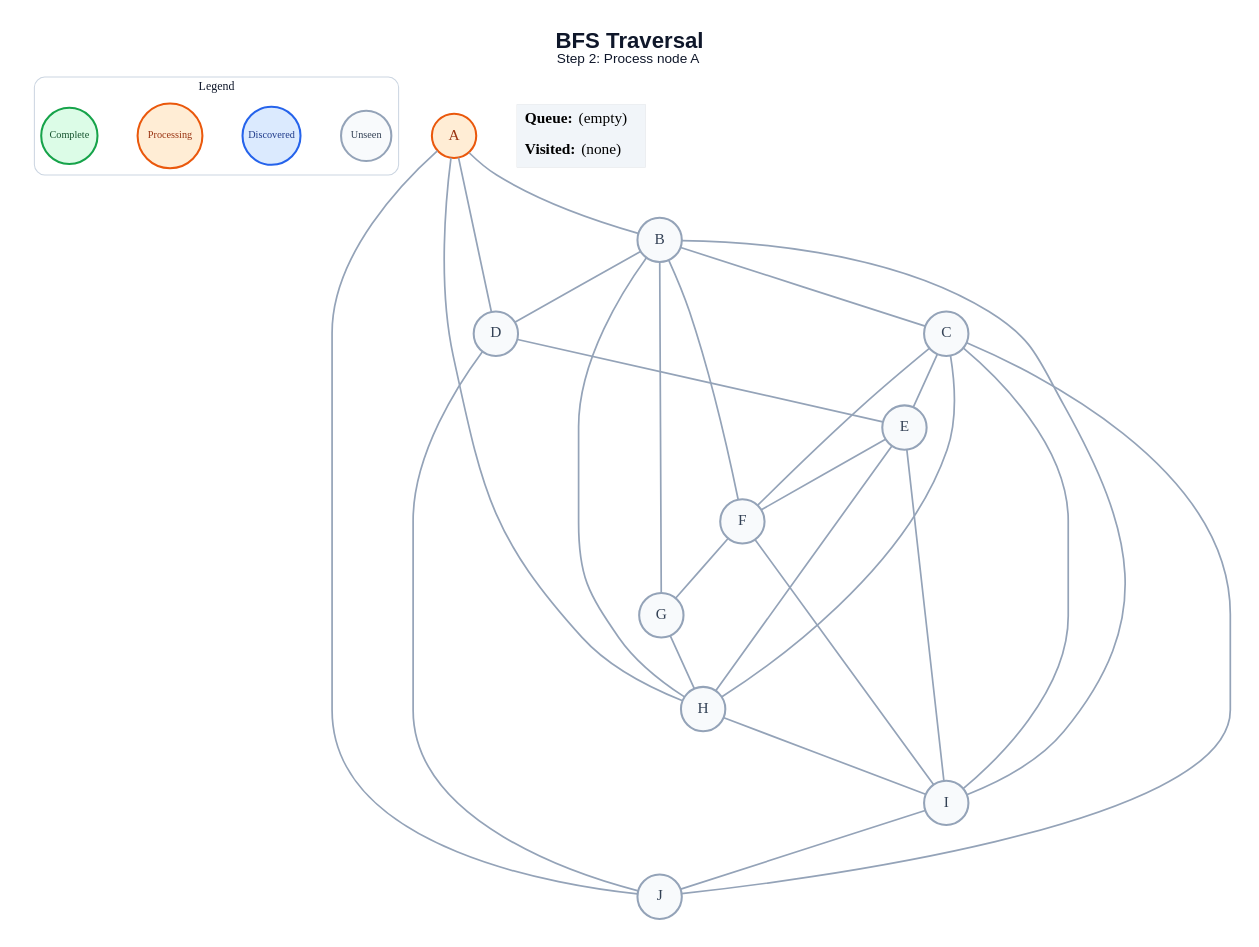
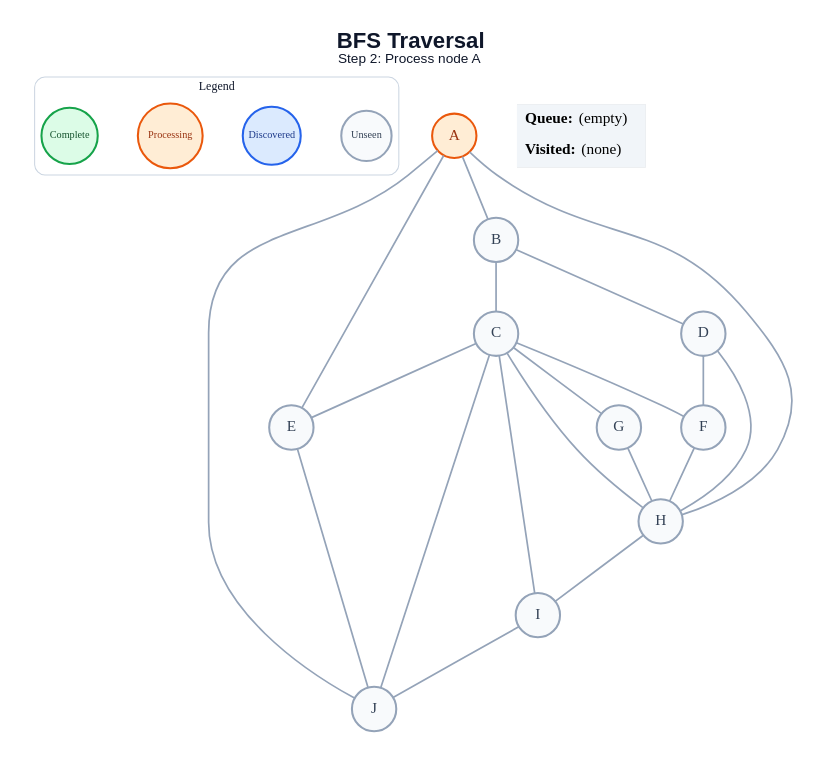
One commit to amanghodawala9/ai-slop changed the diagram in generated/bfs/step_02.dot. Above: the diagram before and after it, drawn with Graphviz. The commit also changed 178 other files, not shown here.

```diff
--- a/generated/bfs/step_02.dot
+++ b/generated/bfs/step_02.dot
@@ -1,54 +1,48 @@
 graph traversal {
   graph [layout=dot, rankdir=TB, bgcolor="#FFFFFF", pad="0.35", nodesep="0.65", ranksep="0.8", fontname="Arial"];
   node [shape=circle, style="filled", fontname="Arial Bold", fontsize=18, width=0.72, fixedsize=true, penwidth=2.4];
   edge [color="#94A3B8", penwidth=2.0];
   label=<<B>BFS Traversal</B><BR/><FONT POINT-SIZE="16">Step 2: Process node A</FONT>>; labelloc="t"; fontsize=26; fontname="Arial"; fontcolor="#0F172A";
   subgraph cluster_legend { label="Legend"; color="#CBD5E1"; penwidth=1.2; style="rounded"; fontsize=14; fontname="Arial Bold";
     key_unseen [label="Unseen", fillcolor="#F8FAFC", color="#94A3B8", fontcolor="#334155", fontsize=12, width=0.82];
     key_frontier [label="Discovered", fillcolor="#DBEAFE", color="#2563EB", fontcolor="#1E3A8A", fontsize=12, width=0.95];
     key_current [label="Processing", fillcolor="#FFEDD5", color="#EA580C", fontcolor="#9A3412", fontsize=12, width=1.05];
     key_done [label="Complete", fillcolor="#DCFCE7", color="#16A34A", fontcolor="#14532D", fontsize=12, width=0.92];
     { rank=same; key_unseen; key_frontier; key_current; key_done; }
   }
   A [fillcolor="#FFEDD5", color="#EA580C", fontcolor="#9A3412"];
   B [fillcolor="#F8FAFC", color="#94A3B8", fontcolor="#334155"];
   C [fillcolor="#F8FAFC", color="#94A3B8", fontcolor="#334155"];
   D [fillcolor="#F8FAFC", color="#94A3B8", fontcolor="#334155"];
   E [fillcolor="#F8FAFC", color="#94A3B8", fontcolor="#334155"];
   F [fillcolor="#F8FAFC", color="#94A3B8", fontcolor="#334155"];
   G [fillcolor="#F8FAFC", color="#94A3B8", fontcolor="#334155"];
   H [fillcolor="#F8FAFC", color="#94A3B8", fontcolor="#334155"];
   I [fillcolor="#F8FAFC", color="#94A3B8", fontcolor="#334155"];
   J [fillcolor="#F8FAFC", color="#94A3B8", fontcolor="#334155"];
   A -- B;
-  A -- D;
+  A -- E;
   A -- H;
   A -- J;
   B -- C;
   B -- D;
-  B -- F;
-  B -- G;
-  B -- H;
-  B -- I;
   C -- E;
   C -- F;
+  C -- G;
   C -- H;
   C -- I;
   C -- J;
-  D -- E;
-  D -- J;
-  E -- F;
-  E -- H;
-  E -- I;
-  F -- G;
-  F -- I;
+  D -- F;
+  D -- H;
+  E -- J;
+  F -- H;
   G -- H;
   H -- I;
   I -- J;
   status [shape=plain, fixedsize=false, width=0, height=0, margin=0, label=<
     <TABLE BORDER="0" CELLBORDER="0" CELLPADDING="7" BGCOLOR="#F1F5F9">
       <TR><TD ALIGN="LEFT"><B>Queue:</B> (empty)</TD></TR>
       <TR><TD ALIGN="LEFT"><B>Visited:</B> (none)</TD></TR>
     </TABLE>
   >];
 }
```
